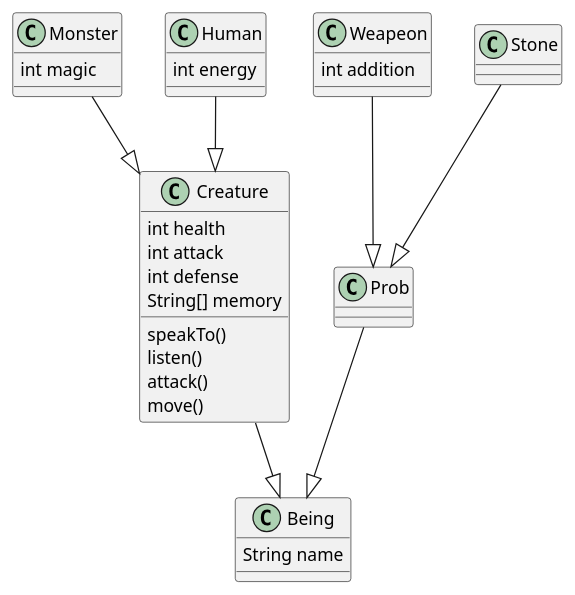
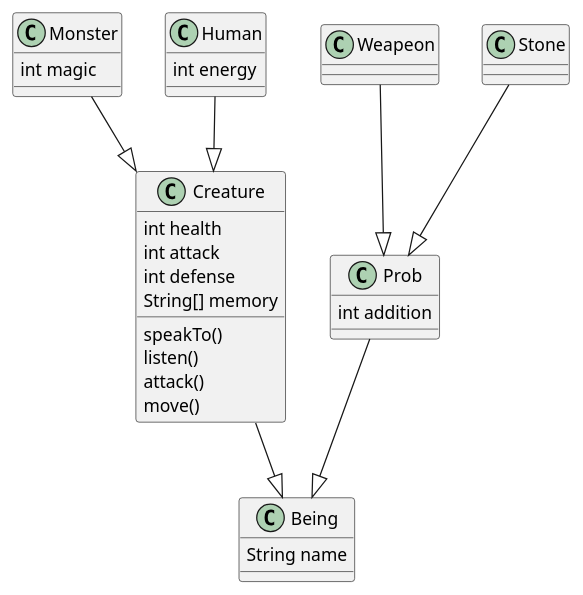
The diagram in W01/S191220119/uml/characters.pu (zzandy2020/jwork-2021), drawn with PlantUML before and after one commit. The commit also changed 9 other files, not shown here.

```diff
--- a/W01/S191220119/uml/characters.pu
+++ b/W01/S191220119/uml/characters.pu
@@ -1,46 +1,44 @@
 @startuml characters
 
 class Being{
     String name
 }
 
 class Creature{
     int health
     int attack 
     int defense 
     String[] memory 
 
     speakTo()
     listen()
     attack()
     move()
 }
 
 class Monster{
     int magic 
 }
 
 class Human{
     int energy
 }
 
-class Prob
-
-class Weapeon{
+class Prob{
     int addition
 }
 
 
 Creature --|> Being
 
 Human --|> Creature
 
 Monster --|> Creature
 
 Prob --|> Being
 
 Weapeon --|> Prob
 
 Stone --|> Prob
 
 @enduml
```
